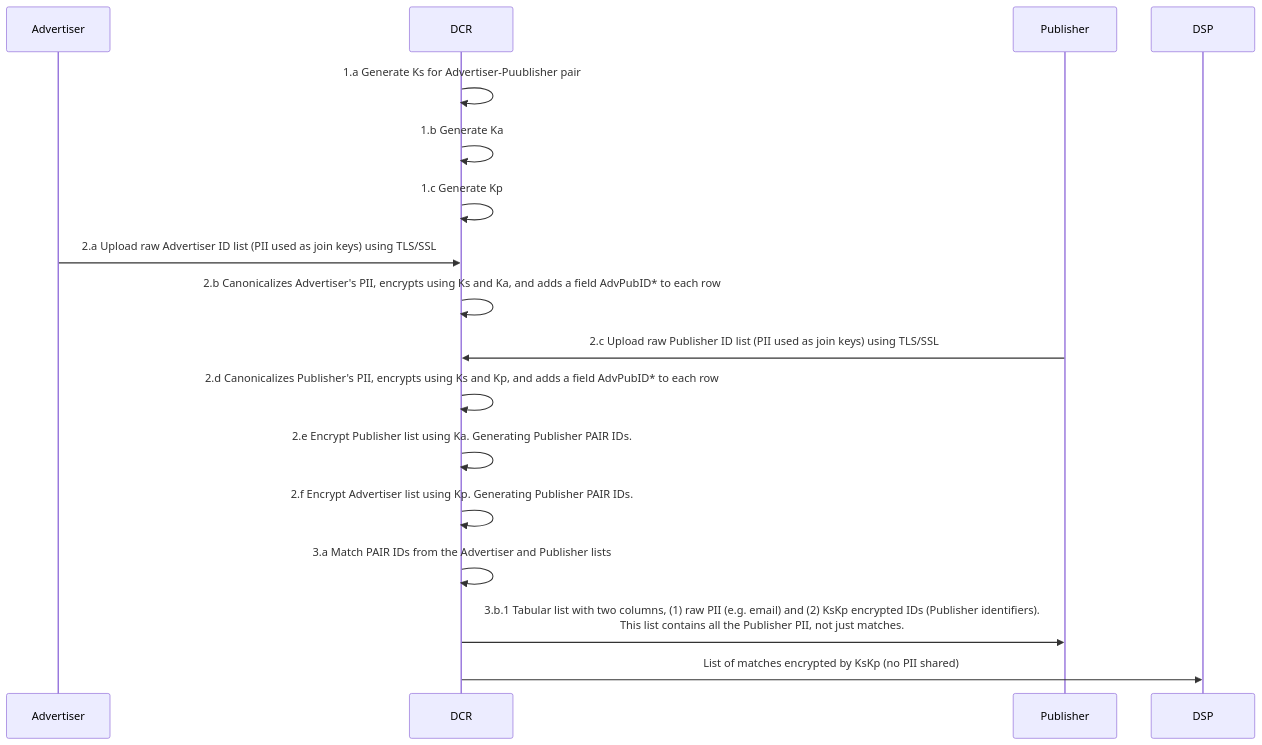
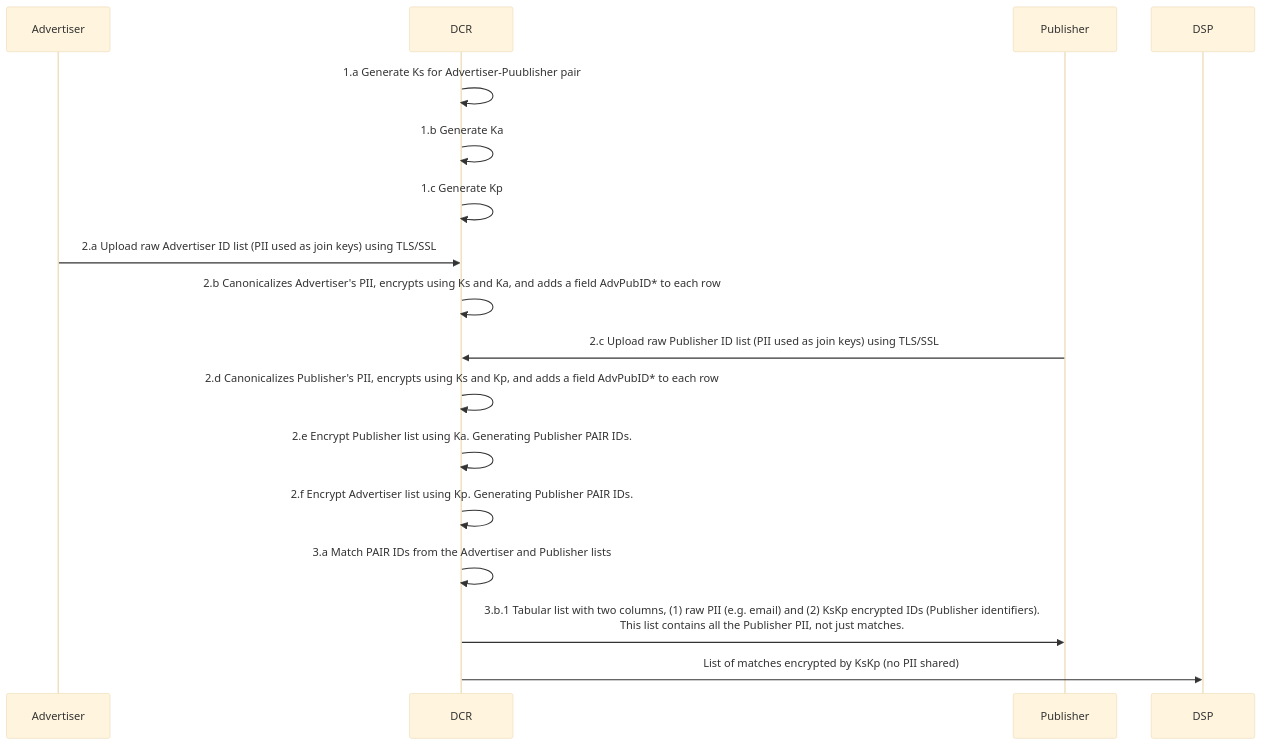
One commit to pm-harshad-mane/Diagrams changed the diagram in PAIR/Single_DCR.md. Above: the diagram before and after it, drawn with Mermaid.

````diff
--- a/PAIR/Single_DCR.md
+++ b/PAIR/Single_DCR.md
@@ -1,24 +1,25 @@
 ```mermaid
+%%{init: {'theme': 'base', 'themeVariables': { 'participantBkgColor': '#f0f0f0', 'participantBorderColor': '#000000' }}}%%
 sequenceDiagram
 
 participant Adv as Advertiser
 participant DCR
 participant Pub as Publisher
 participant DSP
 
 DCR->>DCR: 1.a Generate Ks for Advertiser-Puublisher pair
 DCR->>DCR: 1.b Generate Ka
 DCR->>DCR: 1.c Generate Kp
 
 Adv->>DCR: 2.a Upload raw Advertiser ID list (PII used as join keys) using TLS/SSL
 DCR->>DCR: 2.b Canonicalizes Advertiser's PII, encrypts using Ks and Ka, and adds a field AdvPubID* to each row
 Pub->>DCR: 2.c Upload raw Publisher ID list (PII used as join keys) using TLS/SSL
 DCR->>DCR: 2.d Canonicalizes Publisher's PII, encrypts using Ks and Kp, and adds a field AdvPubID* to each row
 DCR->>DCR: 2.e Encrypt Publisher list using Ka. Generating Publisher PAIR IDs.
 DCR->>DCR: 2.f Encrypt Advertiser list using Kp. Generating Publisher PAIR IDs.
 
 DCR->>DCR: 3.a Match PAIR IDs from the Advertiser and Publisher lists
 DCR->>Pub: 3.b.1 Tabular list with two columns, (1) raw PII (e.g. email) and (2) KsKp encrypted IDs (Publisher identifiers).<br/>This list contains all the Publisher PII, not just matches.
 DCR->>DSP: List of matches encrypted by KsKp (no PII shared)
 
 ```
````
